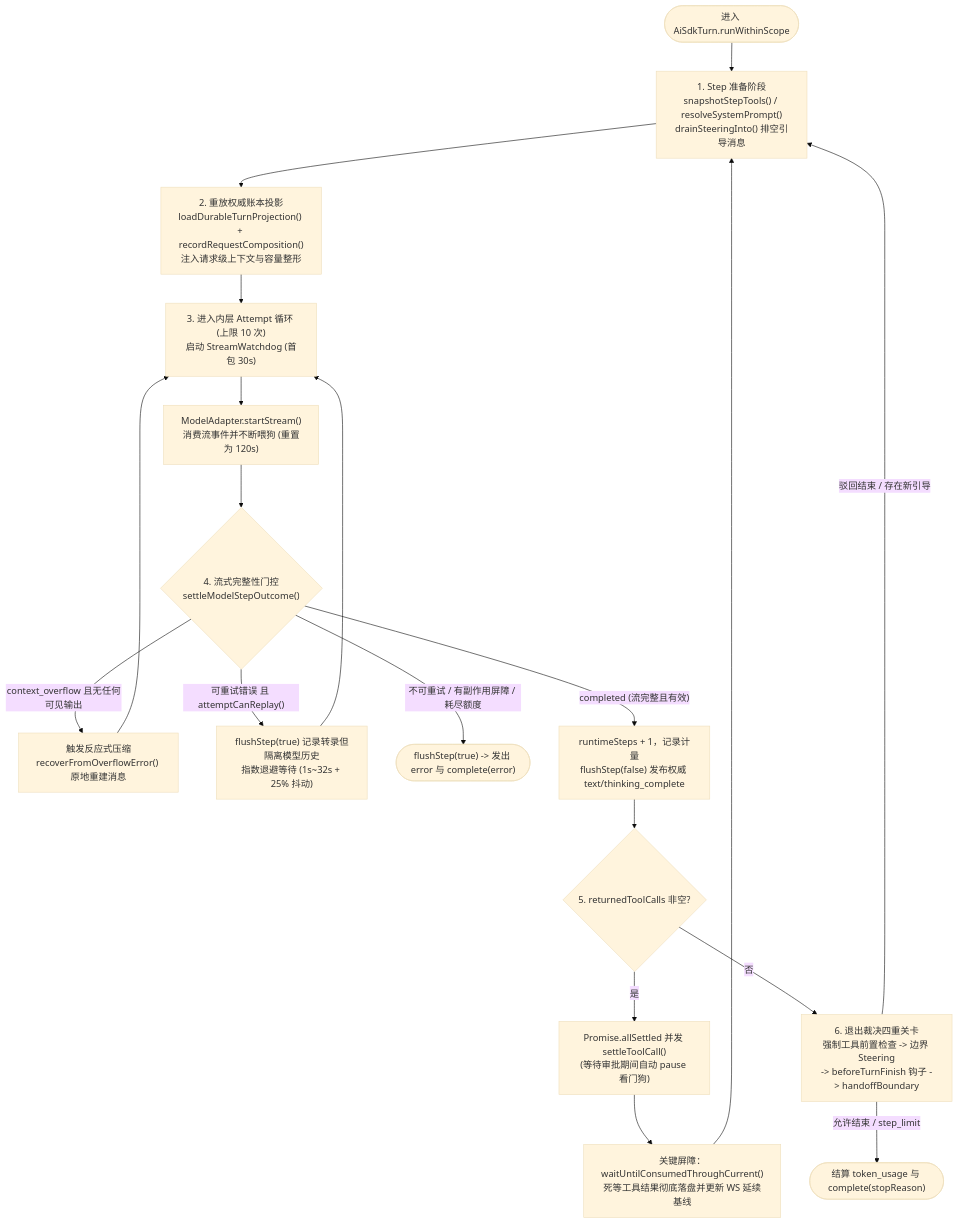
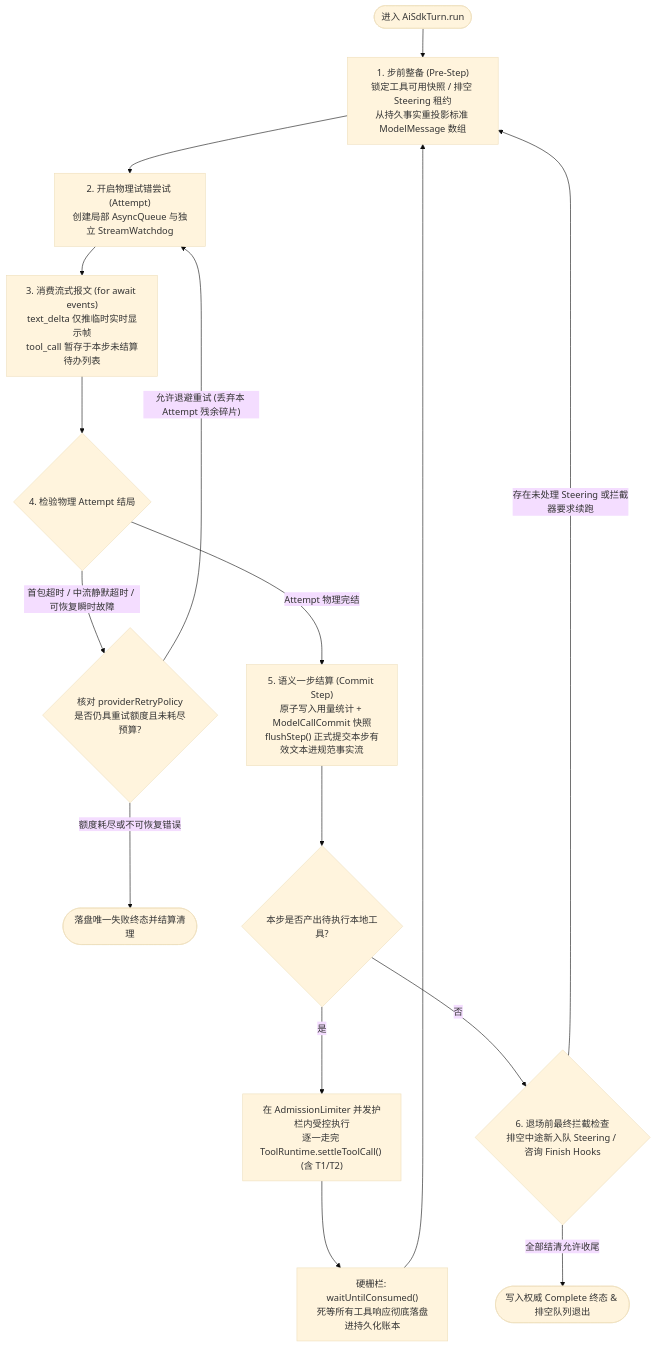
The diagram in maka-agent-infra/01-runtime/model-step.md (suger-m/agent-infrastructure-docs), drawn with Mermaid (base theme) before and after one commit. The commit also changed other lines of this file and 33 other files, not shown here.

Commit message:
docs(ts): overhaul all 32 TS architecture chapters in razor-sharp microkernel style & polish Rust foundations

````diff
--- a/maka-agent-infra/01-runtime/model-step.md
+++ b/maka-agent-infra/01-runtime/model-step.md
@@ -29,28 +19,23 @@
 ```mermaid
 flowchart TD
-    Start(["进入 AiSdkTurn.runWithinScope"]) --> Prep["1. Step 准备阶段<br/>snapshotStepTools() / resolveSystemPrompt()<br/>drainSteeringInto() 排空引导消息"]
-    Prep --> LoadProj["2. 重放权威账本投影<br/>loadDurableTurnProjection() + recordRequestComposition()<br/>注入请求级上下文与容量整形"]
-    LoadProj --> AttemptInit["3. 进入内层 Attempt 循环 (上限 10 次)<br/>启动 StreamWatchdog (首包 30s)"]
+    Start(["进入 AiSdkTurn.run"]) --> Prep["1. 步前整备 (Pre-Step)<br/>锁定工具可用快照 / 排空 Steering 租约<br/>从持久事实重投影标准 ModelMessage 数组"]
 
-    AttemptInit --> SendReq["ModelAdapter.startStream()<br/>消费流事件并不断喂狗 (重置为 120s)"]
-    SendReq --> StreamCheck{"4. 流式完整性门控<br/>settleModelStepOutcome()"}
+    Prep --> AttemptStart["2. 开启物理试错尝试 (Attempt)<br/>创建局部 AsyncQueue 与独立 StreamWatchdog"]
+    AttemptStart --> Stream["3. 消费流式报文 (for await events)<br/>text_delta 仅推临时实时显示帧<br/>tool_call 暂存于本步未结算待办列表"]
 
-    StreamCheck -->|"context_overflow 且无任何可见输出"| Compact["触发反应式压缩<br/>recoverFromOverflowError() 原地重建消息"]
-    Compact --> AttemptInit
+    Stream --> Outcome{"4. 检验物理 Attempt 结局"}
+    Outcome -->|"首包超时 / 中流静默超时 / 可恢复瞬时故障"| RetryGate{"核对 providerRetryPolicy<br/>是否仍具重试额度且未耗尽预算?"}
+    RetryGate -->|"允许退避重试 (丢弃本 Attempt 残余碎片)"| AttemptStart
+    RetryGate -->|"额度耗尽或不可恢复错误"| TerminalErr(["落盘唯一失败终态并结算清理"])
 
-    StreamCheck -->|"可重试错误 且 attemptCanReplay()"| FlushPartial["flushStep(true) 记录转录但隔离模型历史<br/>指数退避等待 (1s~32s + 25% 抖动)"]
-    FlushPartial --> AttemptInit
+    Outcome -->|"Attempt 物理完结"| CommitStep["5. 语义一步结算 (Commit Step)<br/>原子写入用量统计 + ModelCallCommit 快照<br/>flushStep() 正式提交本步有效文本进规范事实流"]
+    CommitStep --> HasTool{"本步是否产出待执行本地工具?"}
 
-    StreamCheck -->|"不可重试 / 有副作用屏障 / 耗尽额度"| Fail(["flushStep(true) -> 发出 error 与 complete(error)"])
+    HasTool -->|"是"| ExecTools["在 AdmissionLimiter 并发护栏内受控执行<br/>逐一走完 ToolRuntime.settleToolCall() (含 T1/T2)"]
+    ExecTools --> WaitConsumed["硬栅栏: waitUntilConsumed()<br/>死等所有工具响应彻底落盘进持久化账本"]
+    WaitConsumed --> Prep
 
-    StreamCheck -->|"completed (流完整且有效)"| CommitStep["runtimeSteps + 1，记录计量<br/>flushStep(false) 发布权威 text/thinking_complete"]
-    CommitStep --> HasTools{"5. returnedToolCalls 非空?"}
-
-    HasTools -->|"是"| ExecTools["Promise.allSettled 并发 settleToolCall()<br/>(等待审批期间自动 pause 看门狗)"]
-    ExecTools --> AckWait["关键屏障：waitUntilConsumedThroughCurrent()<br/>死等工具结果彻底落盘并更新 WS 延续基线"]
-    AckWait --> Prep
-
-    HasTools -->|"否"| FinishGate["6. 退出裁决四重关卡<br/>强制工具前置检查 -> 边界 Steering<br/>-> beforeTurnFinish 钩子 -> handoffBoundary"]
-    FinishGate -->|"驳回结束 / 存在新引导"| Prep
-    FinishGate -->|"允许结束 / step_limit"| Done(["结算 token_usage 与 complete(stopReason)"])
+    HasTool -->|"否"| FinishCheck{"6. 退场前最终拦截检查<br/>排空中途新入队 Steering / 咨询 Finish Hooks"}
+    FinishCheck -->|"存在未处理 Steering 或拦截器要求续跑"| Prep
+    FinishCheck -->|"全部结清允许收尾"| Complete(["写入权威 Complete 终态 & 排空队列退出"])
 ```
````
